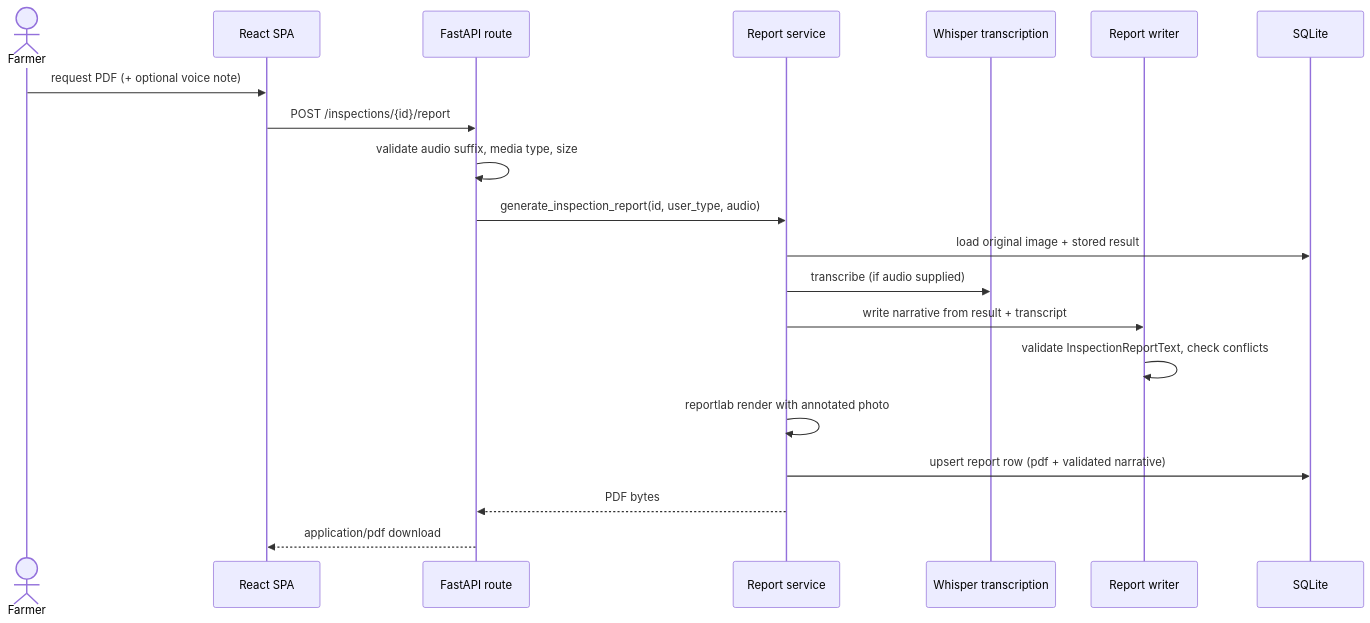
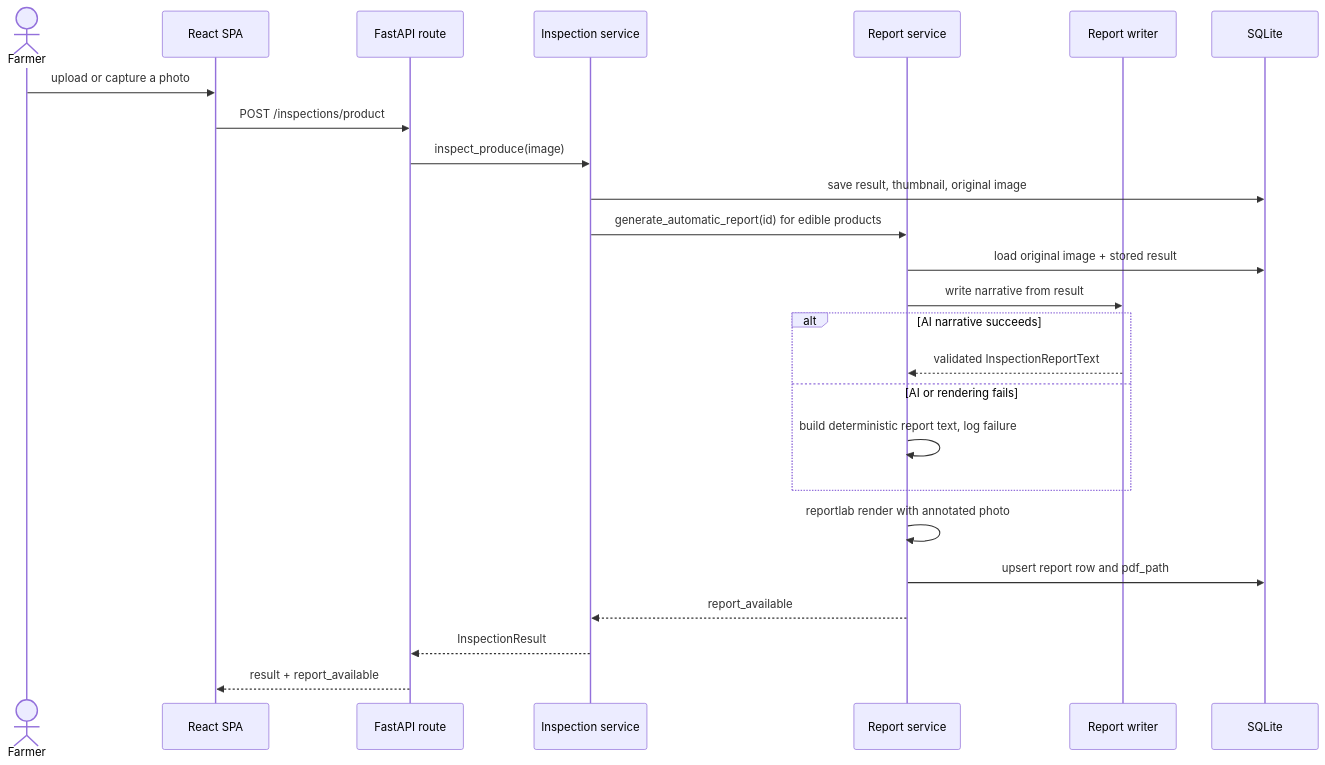
Before and after one commit to HamzaShafiq44/FieldMark: the third of 4 diagrams in ARCHITECTURE.md, drawn with Mermaid. The commit also changed other lines of this file and 27 other files, not shown here.

````diff
--- a/ARCHITECTURE.md
+++ b/ARCHITECTURE.md
@@ -91,22 +100,27 @@
 ```mermaid
 sequenceDiagram
     actor F as Farmer
     participant UI as React SPA
     participant API as FastAPI route
+    participant S as Inspection service
     participant R as Report service
-    participant T as Whisper transcription
     participant W as Report writer
     participant DB as SQLite
-    F->>UI: request PDF (+ optional voice note)
-    UI->>API: POST /inspections/{id}/report
-    API->>API: validate audio suffix, media type, size
-    API->>R: generate_inspection_report(id, user_type, audio)
+    F->>UI: upload or capture a photo
+    UI->>API: POST /inspections/product
+    API->>S: inspect_produce(image)
+    S->>DB: save result, thumbnail, original image
+    S->>R: generate_automatic_report(id) for edible products
     R->>DB: load original image + stored result
-    R->>T: transcribe (if audio supplied)
-    R->>W: write narrative from result + transcript
-    W->>W: validate InspectionReportText, check conflicts
+    R->>W: write narrative from result
+    alt AI narrative succeeds
+        W-->>R: validated InspectionReportText
+    else AI or rendering fails
+        R->>R: build deterministic report text, log failure
+    end
     R->>R: reportlab render with annotated photo
-    R->>DB: upsert report row (pdf + validated narrative)
-    R-->>API: PDF bytes
-    API-->>UI: application/pdf download
+    R->>DB: upsert report row and pdf_path
+    R-->>S: report_available
+    S-->>API: InspectionResult
+    API-->>UI: result + report_available
 ```
````
